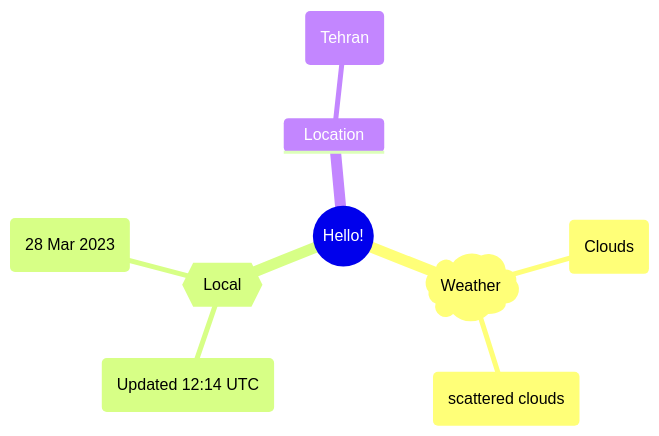
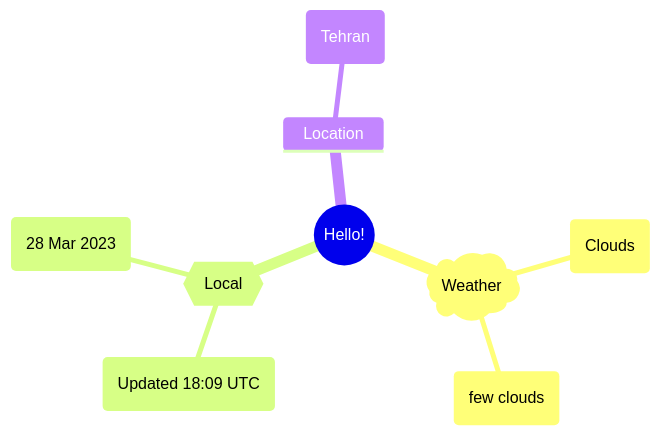
Before and after one commit to Xosrov/Xosrov: the first of 2 diagrams in README.md, drawn with Mermaid.

Commit message:
[bot] updated images

````diff
--- a/README.md
+++ b/README.md
@@ -3,12 +3,12 @@
 ```mermaid
 mindmap
   root((Hello!))
     )Weather(
         (Clouds)
-        (scattered clouds)
+        (few clouds)
     {{Local}}
-        (Updated 12:14 UTC)
+        (Updated 18:09 UTC)
         (28 Mar 2023)
     Location
         (Tehran)
 ```
````
